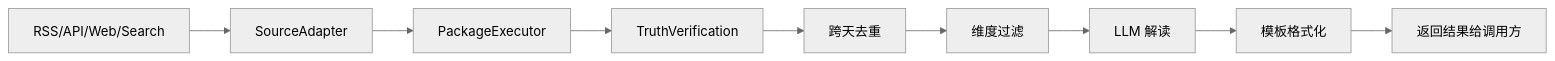
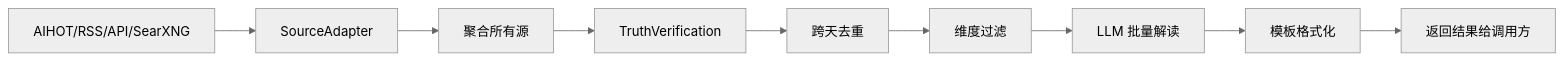
One commit to xinovate/linglong-knowledge changed the diagram in docs/ingest/README.md. Above: the diagram before and after it, drawn with Mermaid (neutral theme). The commit also changed other lines of this file and 9 other files, not shown here.

````diff
--- a/docs/ingest/README.md
+++ b/docs/ingest/README.md
@@ -38,11 +38,11 @@
 ```mermaid
 graph LR
-    A[RSS/API/Web/Search] --> B[SourceAdapter]
-    B --> C[PackageExecutor]
+    A[AIHOT/RSS/API/SearXNG] --> B[SourceAdapter]
+    B --> C[聚合所有源]
     C --> D[TruthVerification]
     D --> E[跨天去重]
     E --> F[维度过滤]
-    F --> G[LLM 解读]
+    F --> G[LLM 批量解读]
     G --> H[模板格式化]
     H --> I[返回结果给调用方]
 ```
````
